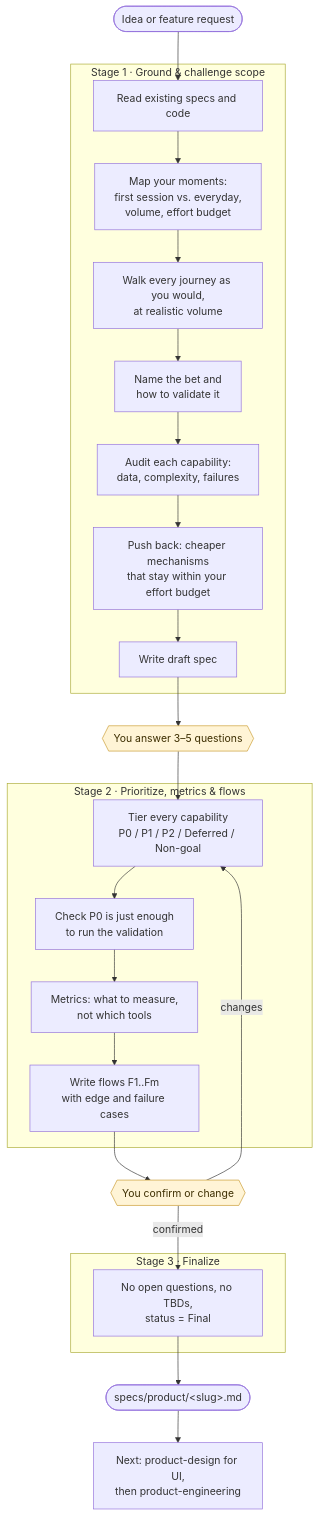
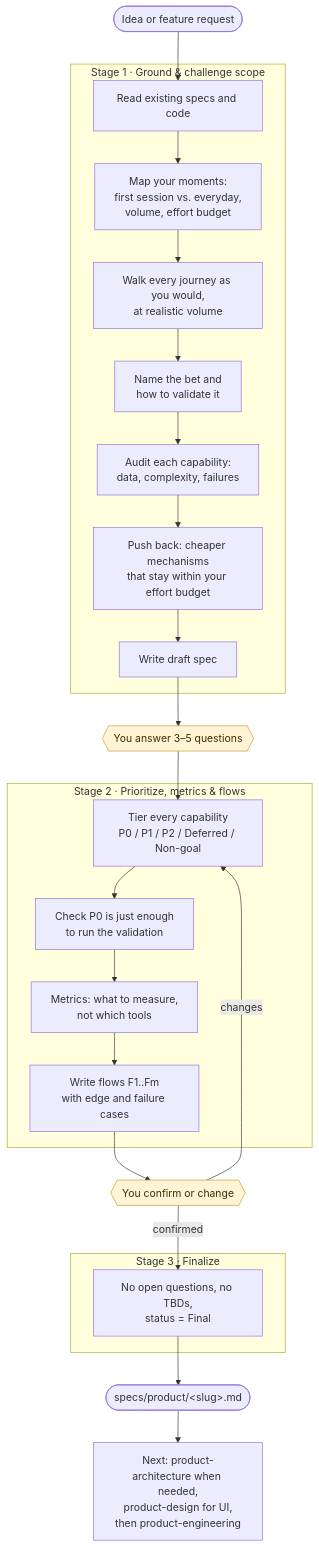
One commit to potlucktech/product-skills changed the diagram in product-scoping/README.md. Above: the diagram before and after it, drawn with Mermaid. The commit also changed other lines of this file and 25 other files, not shown here.

Commit message:
added product-architecture skill; updated launch audit items

````diff
--- a/product-scoping/README.md
+++ b/product-scoping/README.md
@@ -15,36 +15,36 @@
 ```mermaid
 flowchart TD
     start([Idea or feature request]) --> read
 
     subgraph S1["Stage 1 · Ground & challenge scope"]
         read[Read existing specs and code] --> moments[Map your moments:<br/>first session vs. everyday,<br/>volume, effort budget]
         moments --> walk[Walk every journey as you would,<br/>at realistic volume]
         walk --> bet[Name the bet and<br/>how to validate it]
         bet --> audit[Audit each capability:<br/>data, complexity, failures]
         audit --> push[Push back: cheaper mechanisms<br/>that stay within your effort budget]
         push --> draft[Write draft spec]
     end
 
     draft --> you1{{"You answer 3–5 questions"}}
     you1 --> tier
 
     subgraph S2["Stage 2 · Prioritize, metrics & flows"]
         tier[Tier every capability<br/>P0 / P1 / P2 / Deferred / Non-goal] --> enough[Check P0 is just enough<br/>to run the validation]
         enough --> metrics[Metrics: what to measure,<br/>not which tools]
         metrics --> flows[Write flows F1..Fm<br/>with edge and failure cases]
     end
 
     flows --> you2{{"You confirm or change"}}
     you2 -- changes --> tier
     you2 -- confirmed --> final
 
     subgraph S3["Stage 3 · Finalize"]
         final[No open questions, no TBDs,<br/>status = Final]
     end
 
     final --> done([specs/product/&lt;slug&gt;.md])
-    done --> next[Next: product-design for UI,<br/>then product-engineering]
+    done --> next[Next: product-architecture when needed,<br/>product-design for UI,<br/>then product-engineering]
 
     classDef you fill:#fff4d6,stroke:#c99a2e,color:#3d2e00;
     class you1,you2 you;
 ```
````
